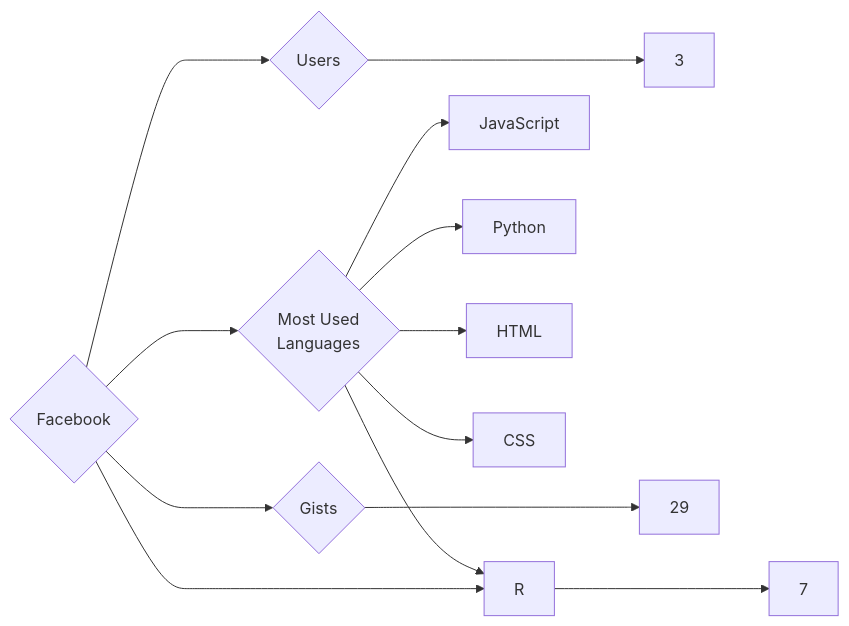
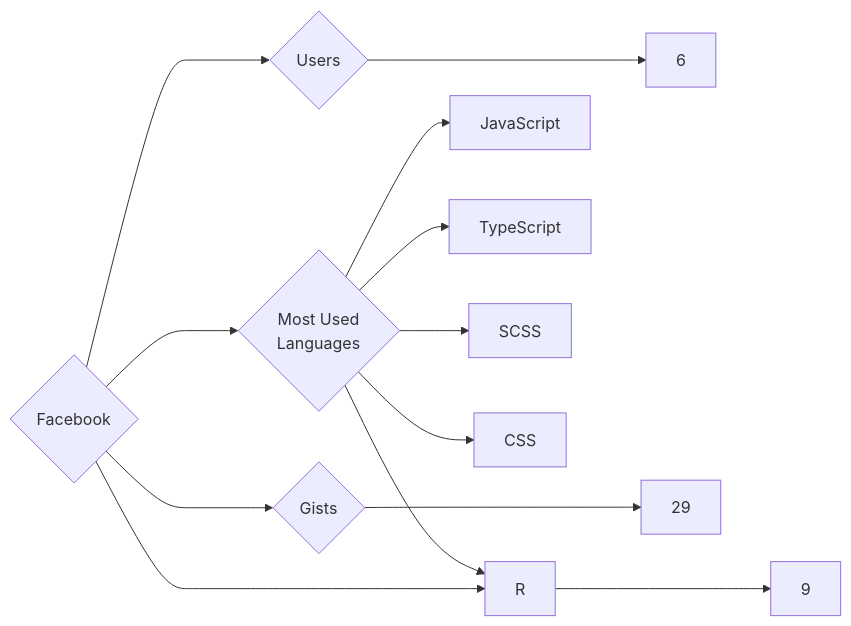
One commit to trickest/insiders changed the diagram in targets/Facebook/README.md. Above: the diagram before and after it, drawn with Mermaid. The commit also changed 1078 other files, not shown here.

````diff
--- a/targets/Facebook/README.md
+++ b/targets/Facebook/README.md
@@ -3,13 +3,13 @@
 ```mermaid
 graph LR
 COMPANY_NAME{Facebook}
-COMPANY_NAME ---> U{Users} ---> UN[3]
-COMPANY_NAME ---> R{Repositories} ---> RN[7]
+COMPANY_NAME ---> U{Users} ---> UN[6]
+COMPANY_NAME ---> R{Repositories} ---> RN[9]
 COMPANY_NAME ---> G{Gists} ---> GN[29]
 COMPANY_NAME ---> ML{Most Used<br>Languages}
 ML --> JavaScript[JavaScript]
 ML --> R[R]
-ML --> Python[Python]
-ML --> HTML[HTML]
+ML --> TypeScript[TypeScript]
+ML --> SCSS[SCSS]
 ML --> CSS[CSS]
 ```
````
